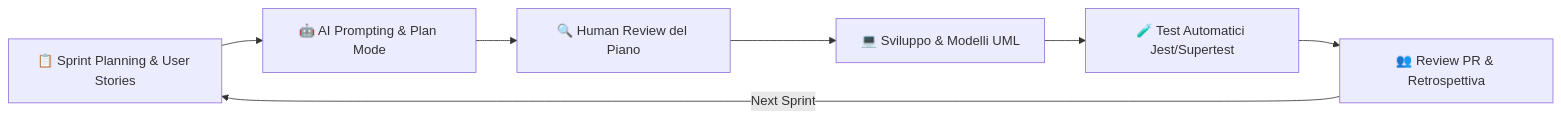
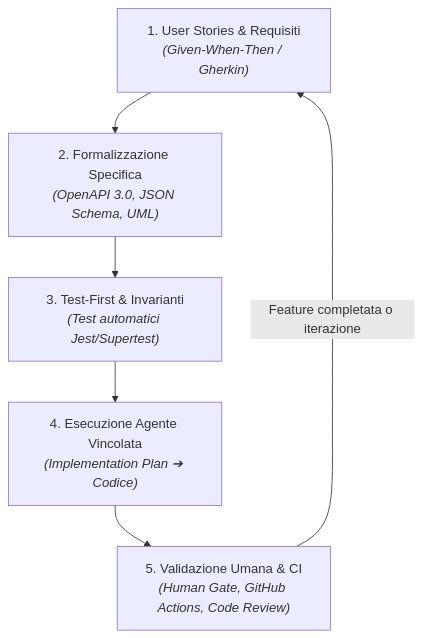
One commit to unitn-software-engineering/EasyLib changed the first of 6 diagrams in README.md. Above: the diagram before and after it, drawn with Mermaid. The commit also changed other lines of this file and 8 other files, not shown here.

````diff
--- a/README.md
+++ b/README.md
@@ -50,9 +58,8 @@
 ```mermaid
-flowchart LR
-    A[📋 Sprint Planning & User Stories] --> B[🤖 AI Prompting & Plan Mode]
-    B --> C[🔍 Human Review del Piano]
-    C --> D[💻 Sviluppo & Modelli UML]
-    D --> E[🧪 Test Automatici Jest/Supertest]
-    E --> F[👥 Review PR & Retrospettiva]
-    F -->|Next Sprint| A
+flowchart TD
+    A["1. User Stories & Requisiti<br><i>(Given-When-Then / Gherkin)</i>"] --> B["2. Formalizzazione Specifica<br><i>(OpenAPI 3.0, JSON Schema, UML)</i>"]
+    B --> C["3. Test-First & Invarianti<br><i>(Test automatici Jest/Supertest)</i>"]
+    C --> D["4. Esecuzione Agente Vincolata<br><i>(Implementation Plan ➔ Codice)</i>"]
+    D --> E["5. Validazione Umana & CI<br><i>(Human Gate, GitHub Actions, Code Review)</i>"]
+    E -->|Feature completata o iterazione| A
 ```
````
